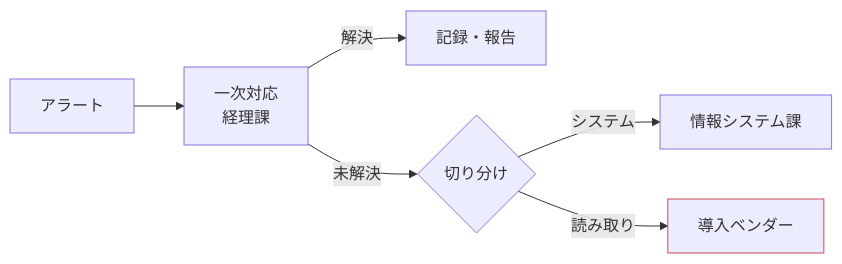
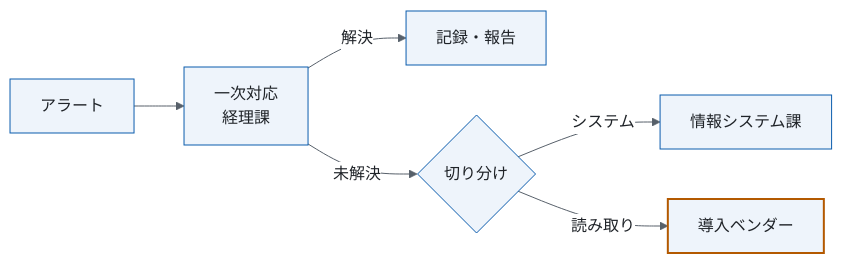
Before and after one commit to spin-glass/tool-slides: the second of 4 diagrams in decks/2026-10-01-invoice-ocr-confirm/design/operations.md, drawn with Mermaid. The commit also changed other lines of this file and 8 other files, not shown here.

First line of the commit message:
図の見た目をデッキにそろえる: Mermaid を PNG で描き、色と文字の1行（check_doc.py --mermaid-init）を図の先頭に置く

````diff
--- a/decks/2026-10-01-invoice-ocr-confirm/design/operations.md
+++ b/decks/2026-10-01-invoice-ocr-confirm/design/operations.md
@@ -108,10 +109,11 @@
 ```mermaid
+%%{init: {"theme": "base", "themeVariables": {"fontSize": "16px", "fontFamily": "Hiragino Sans, Noto Sans JP, sans-serif", "primaryColor": "#eef4fb", "primaryBorderColor": "#0b5cad", "primaryTextColor": "#1f2328", "lineColor": "#57606a", "edgeLabelBackground": "#ffffff", "taskBkgColor": "#eef4fb", "taskBorderColor": "#0b5cad", "taskTextColor": "#1f2328", "critBkgColor": "#b35900", "critBorderColor": "#b35900", "gridColor": "#d0d7de", "sectionBkgColor": "#ffffff"}}}%%
 flowchart LR
   A[アラート] --> B[一次対応<br>経理課]
   B -->|解決| E[記録・報告]
   B -->|未解決| C{切り分け}
   C -->|システム| D1[情報システム課]
   C -->|読み取り| D2[導入ベンダー]
-  classDef vendor stroke:#d1495b
+  classDef vendor stroke:#b35900,stroke-width:2px
   class D2 vendor
 ```
````
